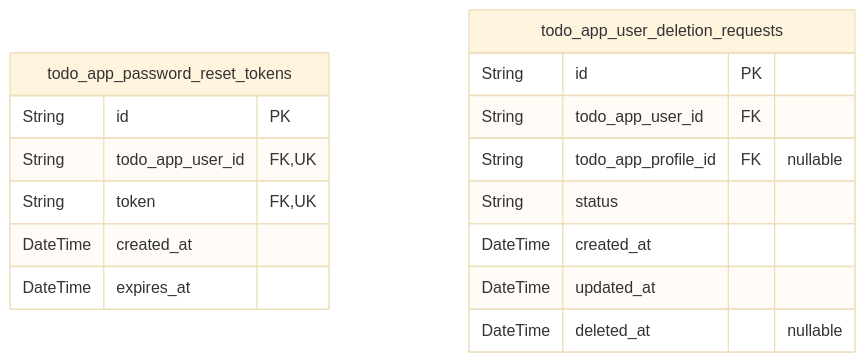
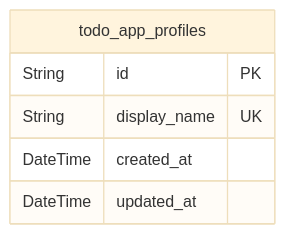
The second of 4 diagrams in qwen/qwen3-next-80b-a3b-instruct/todo/docs/ERD.md (wrtnlabs/autobe-examples), drawn with Mermaid (base theme) before and after one commit. The commit also changed other lines of this file and 25939 other files, not shown here.

````diff
--- a/qwen/qwen3-next-80b-a3b-instruct/todo/docs/ERD.md
+++ b/qwen/qwen3-next-80b-a3b-instruct/todo/docs/ERD.md
@@ -116,19 +153,9 @@
 ```mermaid
 erDiagram
-"todo_app_password_reset_tokens" {
+"todo_app_profiles" {
   String id PK
-  String todo_app_user_id FK,UK
-  String token FK,UK
-  DateTime created_at
-  DateTime expires_at
-}
-"todo_app_user_deletion_requests" {
-  String id PK
-  String todo_app_user_id FK
-  String todo_app_profile_id FK "nullable"
-  String status
+  String display_name UK
   DateTime created_at
   DateTime updated_at
-  DateTime deleted_at "nullable"
 }
 ```
````
